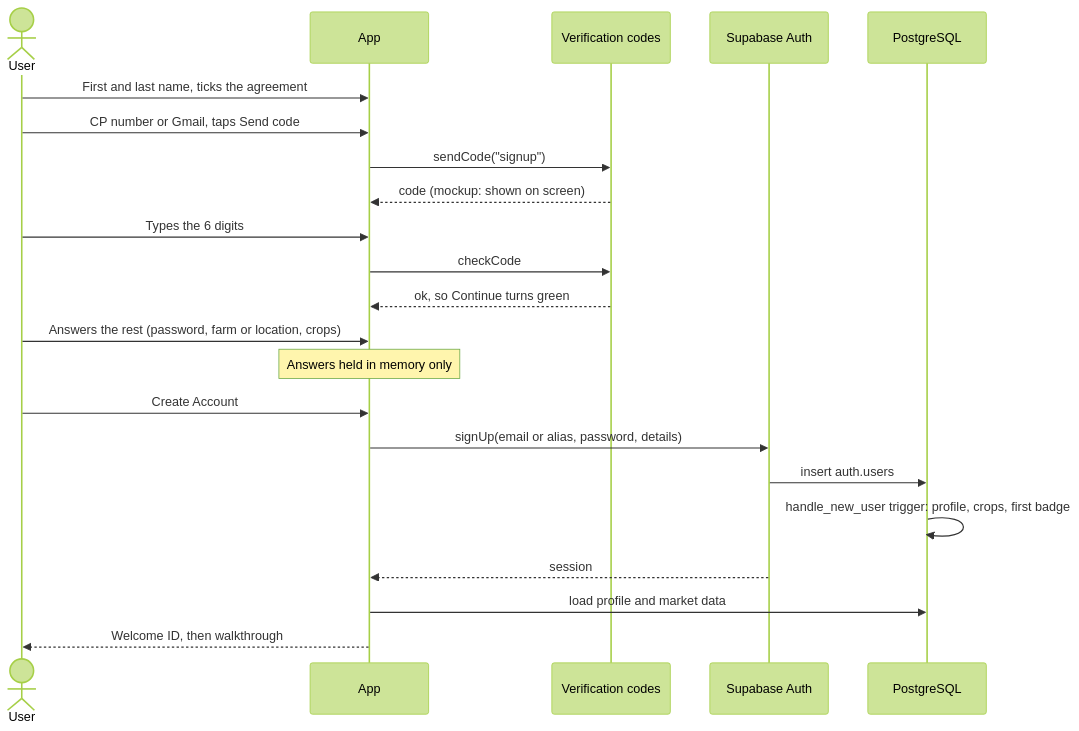
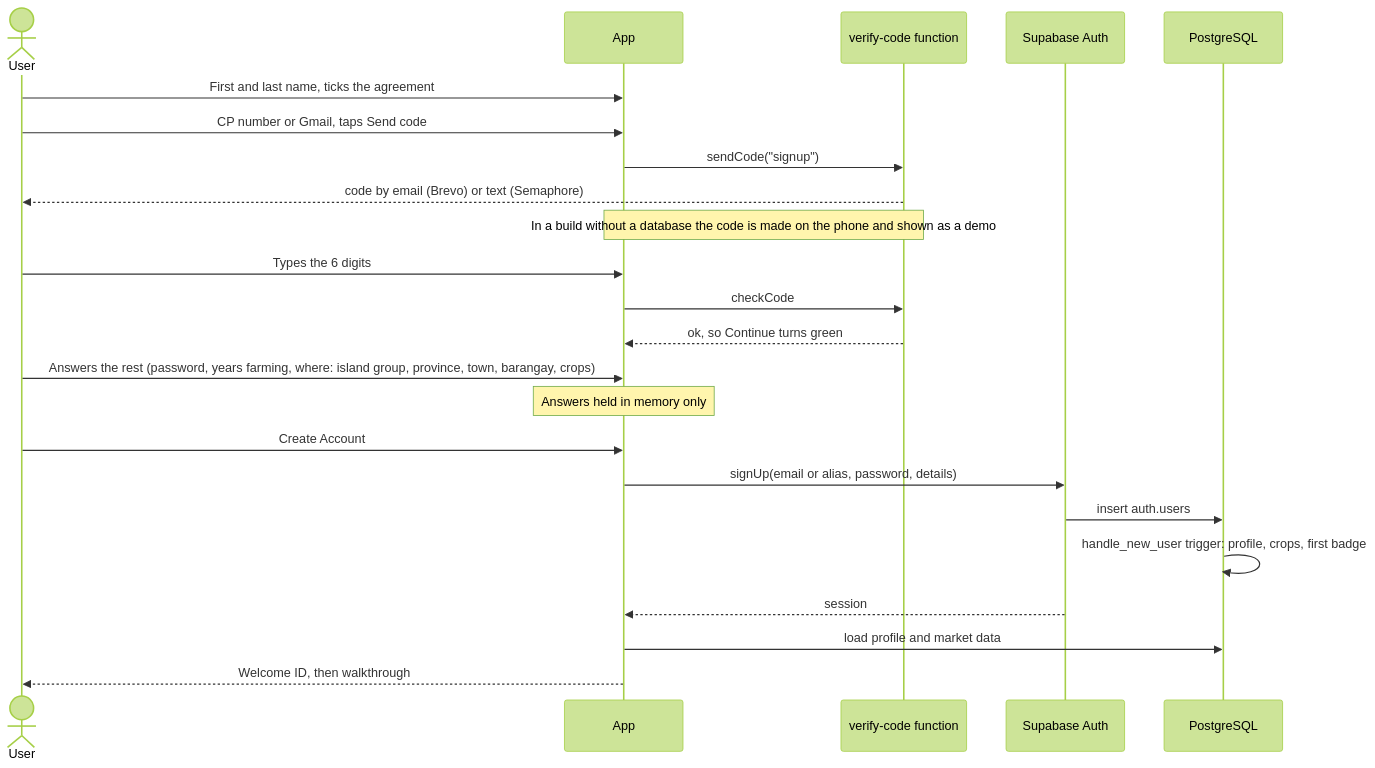
Before and after one commit to yslruzly/AniSense: the fourth of 11 diagrams in docs/architecture.md, drawn with Mermaid (forest theme). The commit also changed other lines of this file and 2 other files, not shown here.

Commit message:
Docs: SQLite offline design, opening without signal, orders and ratings live, featured farmers, nationwide sign-up, tab memory

````diff
--- a/docs/architecture.md
+++ b/docs/architecture.md
@@ -270,25 +275,26 @@
 ```mermaid
 sequenceDiagram
   actor U as User
   participant A as App
-  participant V as Verification codes
+  participant V as verify-code function
   participant Auth as Supabase Auth
   participant DB as PostgreSQL
 
   U->>A: First and last name, ticks the agreement
   U->>A: CP number or Gmail, taps Send code
   A->>V: sendCode("signup")
-  V-->>A: code (mockup: shown on screen)
+  V-->>U: code by email (Brevo) or text (Semaphore)
+  Note over A,V: In a build without a database the code is made on the phone and shown as a demo
   U->>A: Types the 6 digits
   A->>V: checkCode
   V-->>A: ok, so Continue turns green
-  U->>A: Answers the rest (password, farm or location, crops)
+  U->>A: Answers the rest (password, years farming, where: island group, province, town, barangay, crops)
   Note over A: Answers held in memory only
   U->>A: Create Account
   A->>Auth: signUp(email or alias, password, details)
   Auth->>DB: insert auth.users
   DB->>DB: handle_new_user trigger: profile, crops, first badge
   Auth-->>A: session
   A->>DB: load profile and market data
   A-->>U: Welcome ID, then walkthrough
 ```
````
